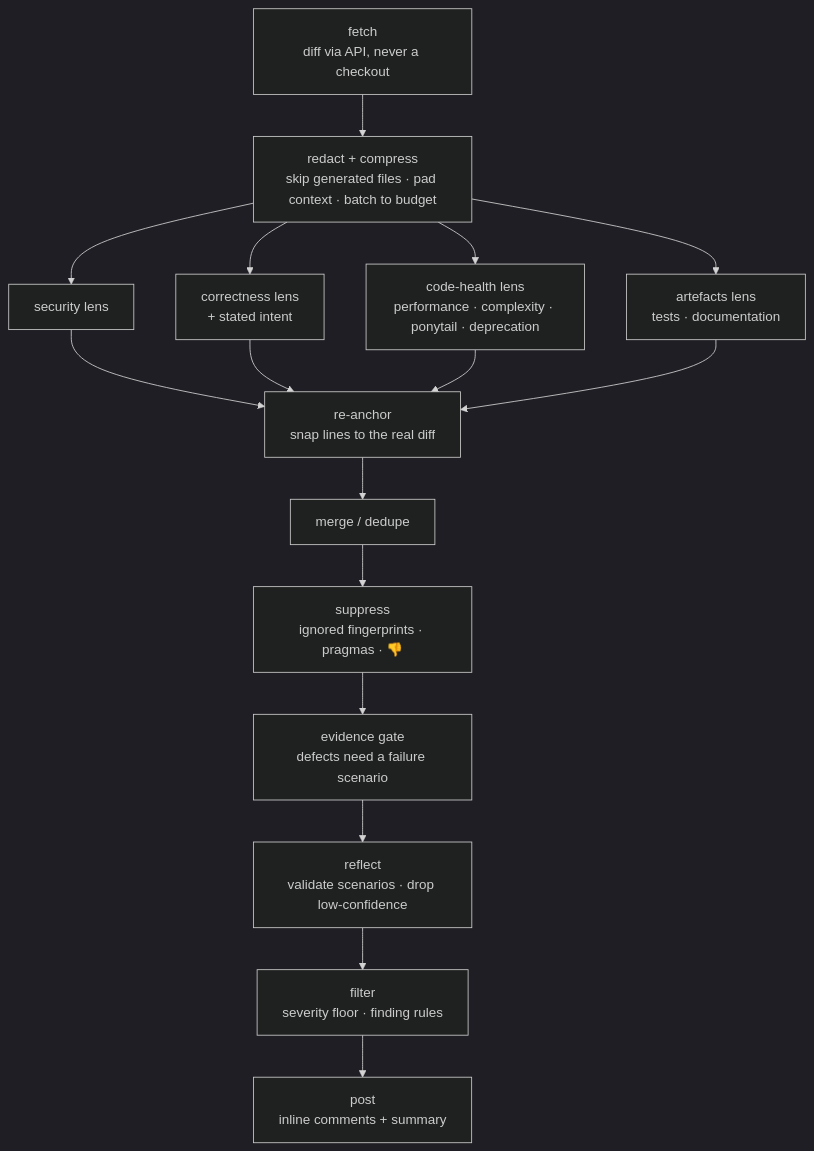
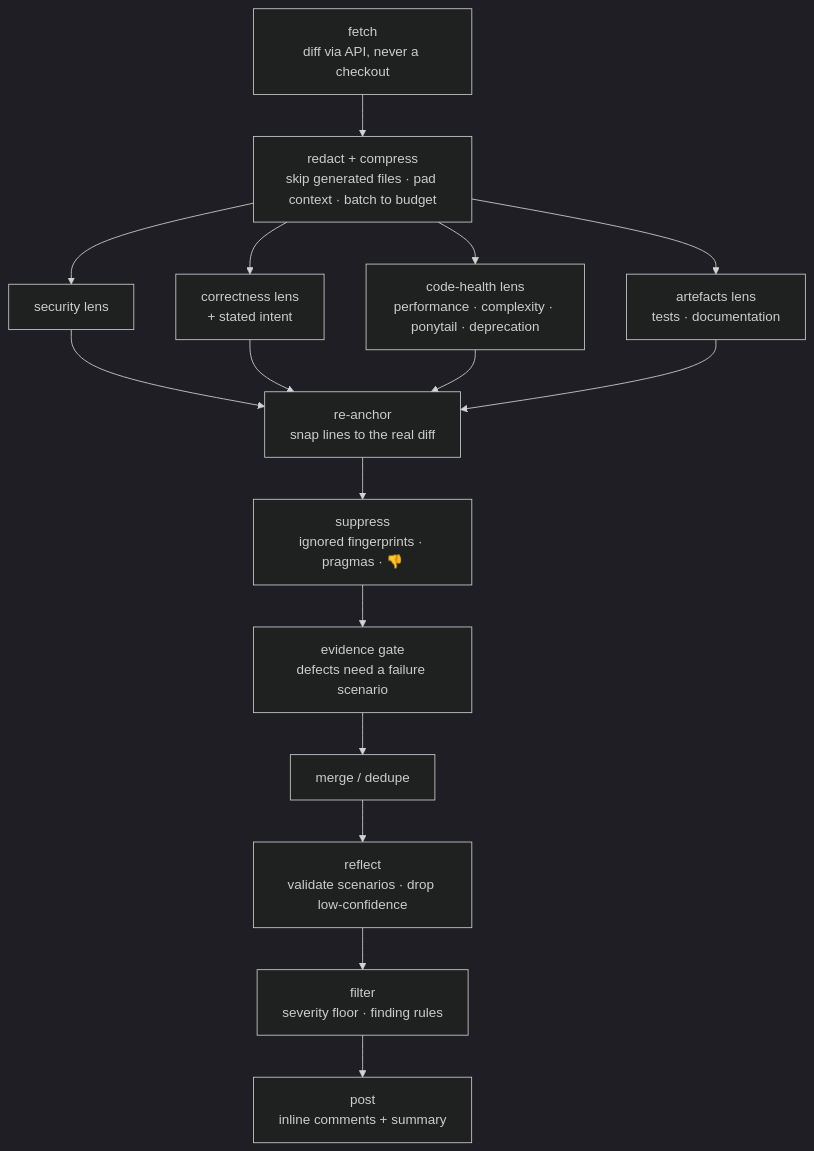
The second of 2 diagrams in docs/explanation/architecture.md (MattJColes/lgtmaybe), drawn with Mermaid (dark theme) before and after one commit. The commit also changed other lines of this file and 6 other files, not shown here.

First line of the commit message:
fix(engine): filter before dedupe, keep distinct scan hits, gate unattributed code-health

````diff
--- a/docs/explanation/architecture.md
+++ b/docs/explanation/architecture.md
@@ -150,13 +150,13 @@
 ```mermaid
 flowchart TD
     fetch["fetch<br/>diff via API, never a checkout"] --> compress["redact + compress<br/>skip generated files · pad context · batch to budget"]
     compress --> security["security lens"]
     compress --> correctness["correctness lens<br/>+ stated intent"]
     compress --> codehealth["code-health lens<br/>performance · complexity · ponytail · deprecation"]
     compress --> artefacts["artefacts lens<br/>tests · documentation"]
     security --> anchor["re-anchor<br/>snap lines to the real diff"]
     correctness --> anchor
     codehealth --> anchor
     artefacts --> anchor
-    anchor --> dedupe["merge / dedupe"] --> suppress["suppress<br/>ignored fingerprints · pragmas · 👎"] --> evidence["evidence gate<br/>defects need a failure scenario"] --> reflect["reflect<br/>validate scenarios · drop low-confidence"] --> filter["filter<br/>severity floor · finding rules"] --> post["post<br/>inline comments + summary"]
+    anchor --> suppress["suppress<br/>ignored fingerprints · pragmas · 👎"] --> evidence["evidence gate<br/>defects need a failure scenario"] --> dedupe["merge / dedupe"] --> reflect["reflect<br/>validate scenarios · drop low-confidence"] --> filter["filter<br/>severity floor · finding rules"] --> post["post<br/>inline comments + summary"]
 ```
````
